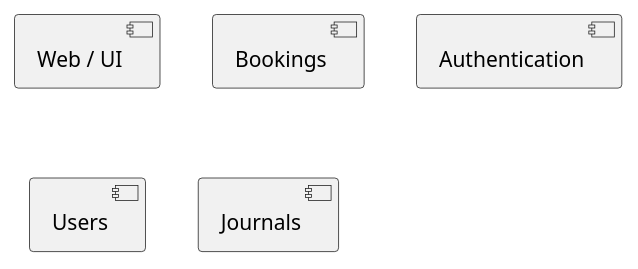
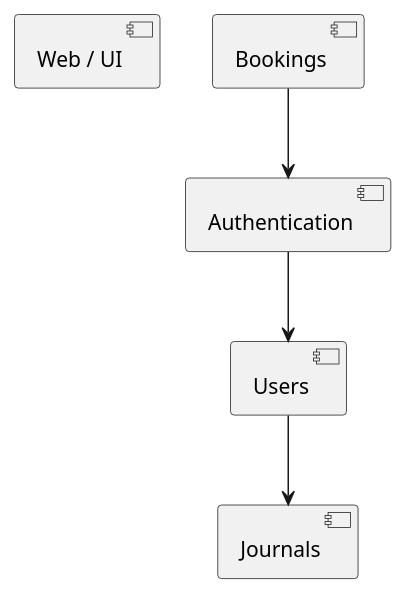
One commit to arngrimur/bilcool_monolith changed the diagram in README.md. Above: the diagram before and after it, drawn with PlantUML. The commit also changed other lines of this file, not shown here.

Commit message:
[main] uppdated readm

````diff
--- a/README.md
+++ b/README.md
@@ -13,9 +12,21 @@
-@startuml Components
-
-[Web / UI]
-[Bookings]
-[Authentication]
-[Users]
-[Journals]
-
+```plantuml
+@startuml
+    hide empty members
+    skinparam monochrome true
+    skinparam componentStyle uml2
+    skinparam class {
+        BackgroundColor White
+        BorderColor Black
+    }  
+    [Web / UI]
+    [Bookings]
+    [Authentication]
+    [Users]
+    [Journals]
+    
+    Bookings --> Authentication
+    Authentication --> Users
+    Users --> Journals
+    
 @enduml
+```
````
